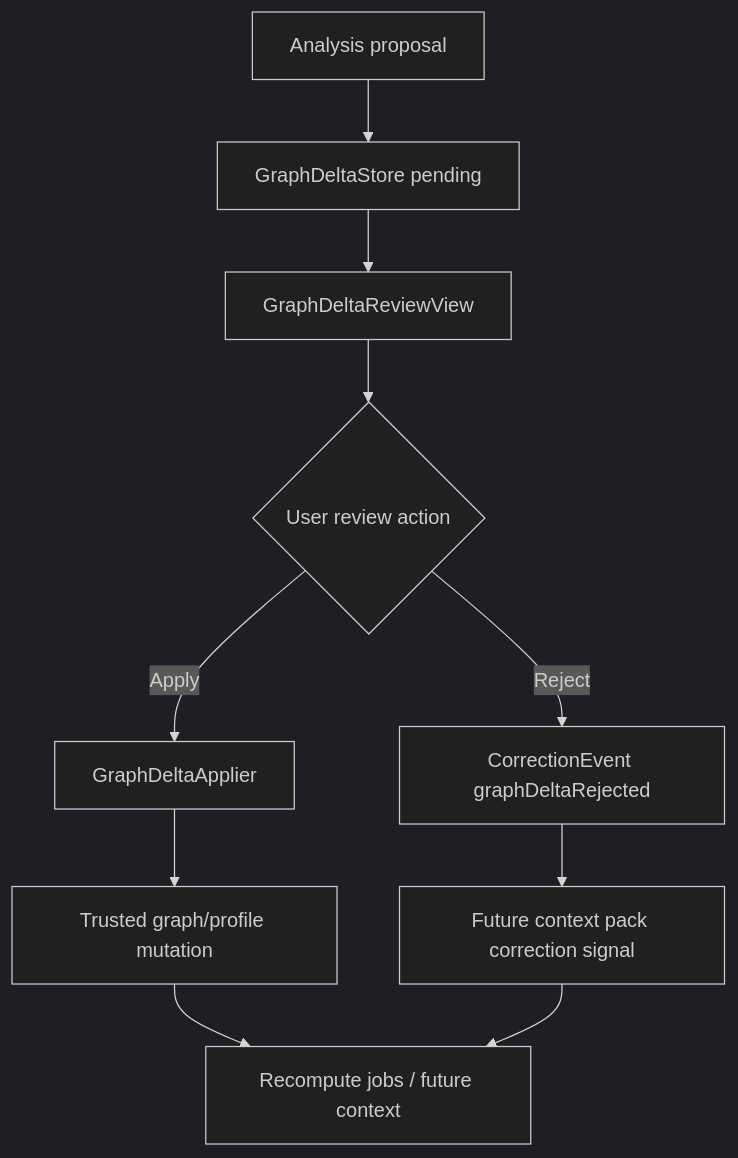
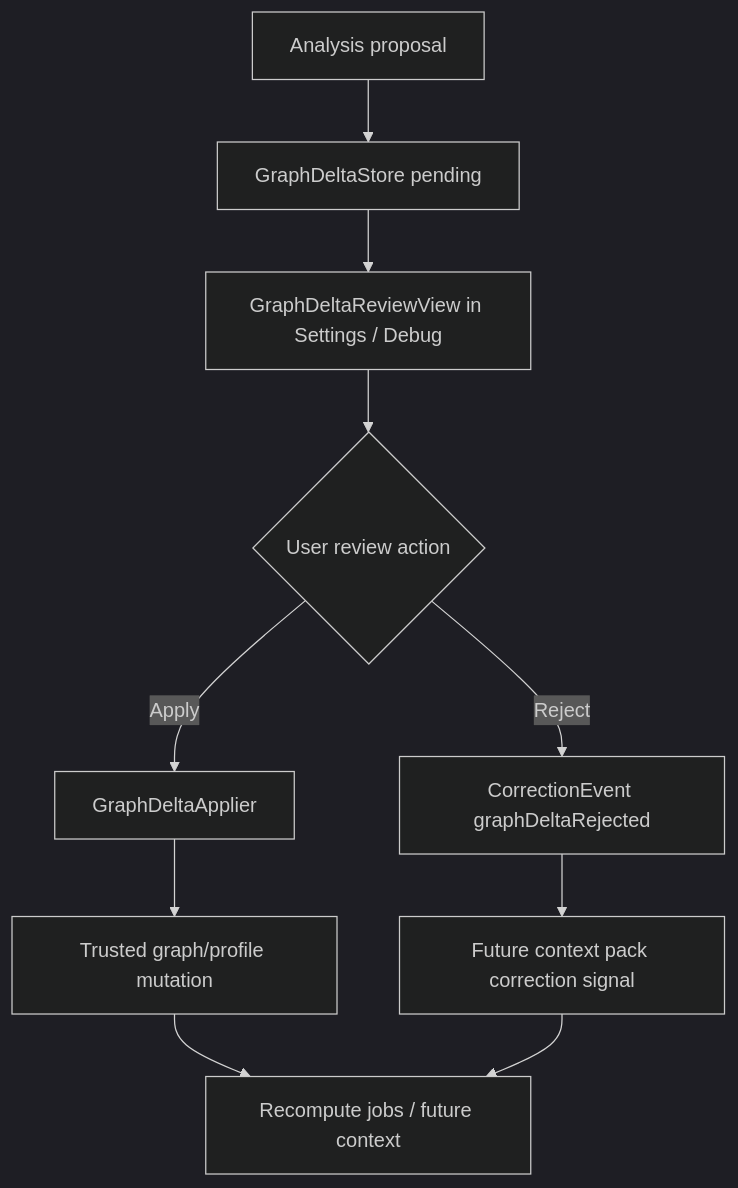
Before and after one commit to daaihang/sprout: the seventh of 8 diagrams in docs/mory_architecture_handbook_2026_05/01_system_overview_and_runtime_flows.md, drawn with Mermaid (dark theme). The commit also changed 20 other files, not shown here.

````diff
--- a/docs/mory_architecture_handbook_2026_05/01_system_overview_and_runtime_flows.md
+++ b/docs/mory_architecture_handbook_2026_05/01_system_overview_and_runtime_flows.md
@@ -227,12 +227,12 @@
 ```mermaid
 flowchart TD
     A["Analysis proposal"] --> B["GraphDeltaStore pending"]
-    B --> C["GraphDeltaReviewView"]
+    B --> C["GraphDeltaReviewView in Settings / Debug"]
     C --> D{"User review action"}
     D -->|"Apply"| E["GraphDeltaApplier"]
     D -->|"Reject"| F["CorrectionEvent graphDeltaRejected"]
     E --> G["Trusted graph/profile mutation"]
     F --> H["Future context pack correction signal"]
     G --> I["Recompute jobs / future context"]
     H --> I
 ```
````
